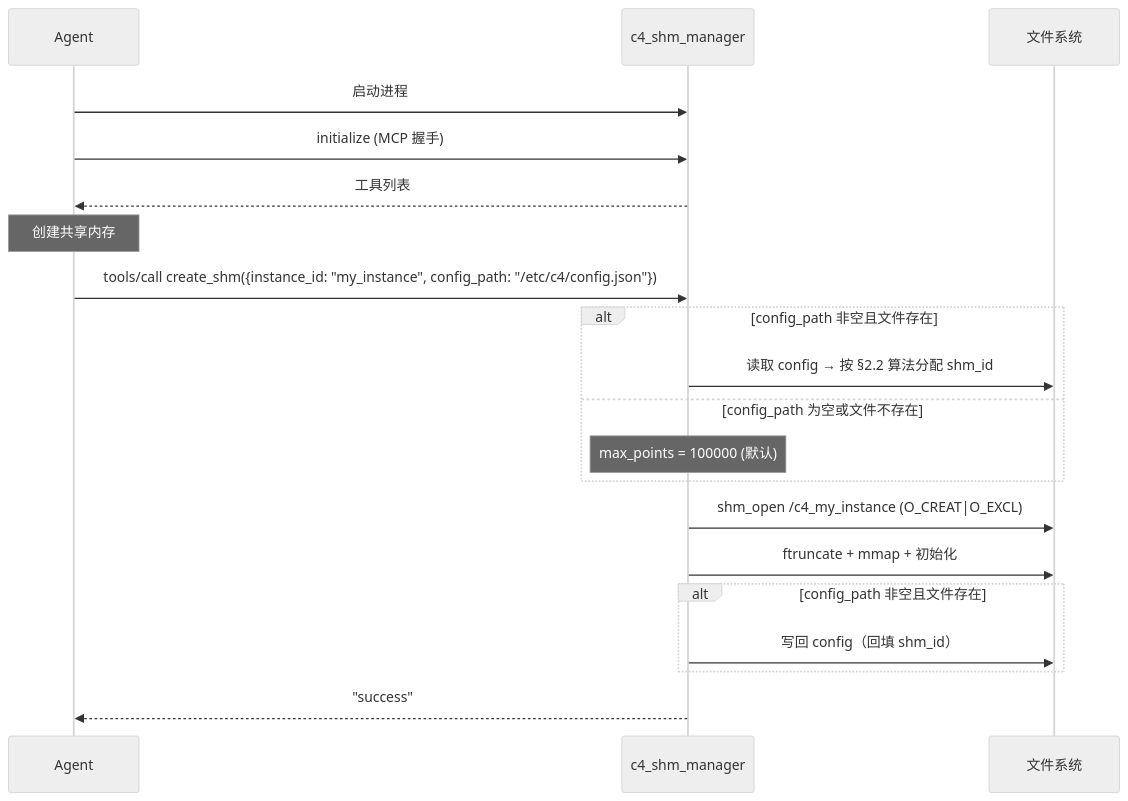
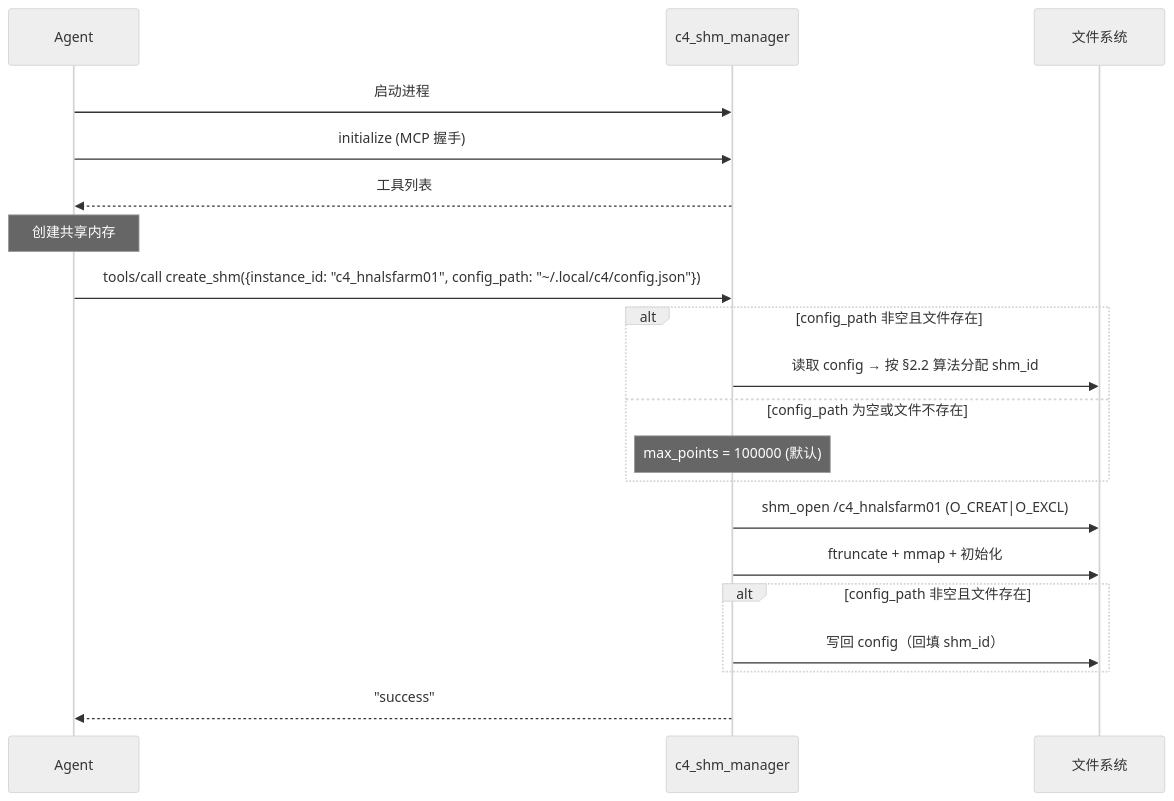
Before and after one commit to activesys/c4: the fifth of 9 diagrams in docs/design/c4_shm_manager.md, drawn with Mermaid (neutral theme). The commit also changed other lines of this file and 5 other files, not shown here.

First line of the commit message:
docs(instance-id): instance_id 即共享内存名并传入三工具 + 配置迁移 ~/.local/c4/

````diff
--- a/docs/design/c4_shm_manager.md
+++ b/docs/design/c4_shm_manager.md
@@ -801,25 +805,25 @@
 ```mermaid
 sequenceDiagram
     participant A as Agent
     participant S as c4_shm_manager
     participant FS as 文件系统
 
     A->>S: 启动进程
     A->>S: initialize (MCP 握手)
     S-->>A: 工具列表
 
     Note over A: 创建共享内存
-    A->>S: tools/call create_shm({instance_id: "my_instance", config_path: "/etc/c4/config.json"})
+    A->>S: tools/call create_shm({instance_id: "c4_hnalsfarm01", config_path: "~/.local/c4/config.json"})
 
     alt config_path 非空且文件存在
         S->>FS: 读取 config → 按 §2.2 算法分配 shm_id
     else config_path 为空或文件不存在
         Note over S: max_points = 100000 (默认)
     end
-    S->>FS: shm_open /c4_my_instance (O_CREAT|O_EXCL)
+    S->>FS: shm_open /c4_hnalsfarm01 (O_CREAT|O_EXCL)
     S->>FS: ftruncate + mmap + 初始化
     alt config_path 非空且文件存在
         S->>FS: 写回 config（回填 shm_id）
     end
     S-->>A: "success"
 ```
````
